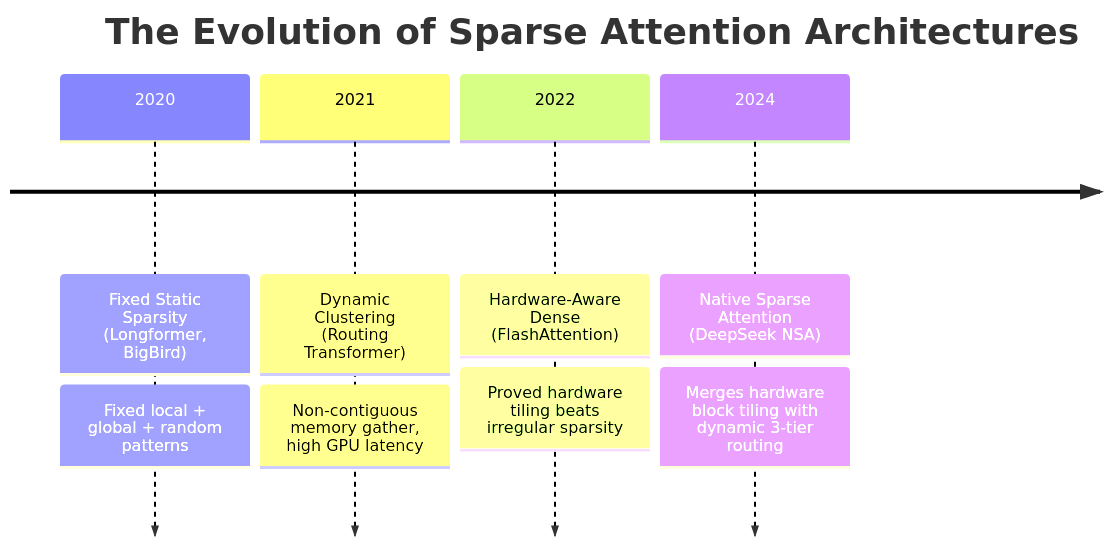
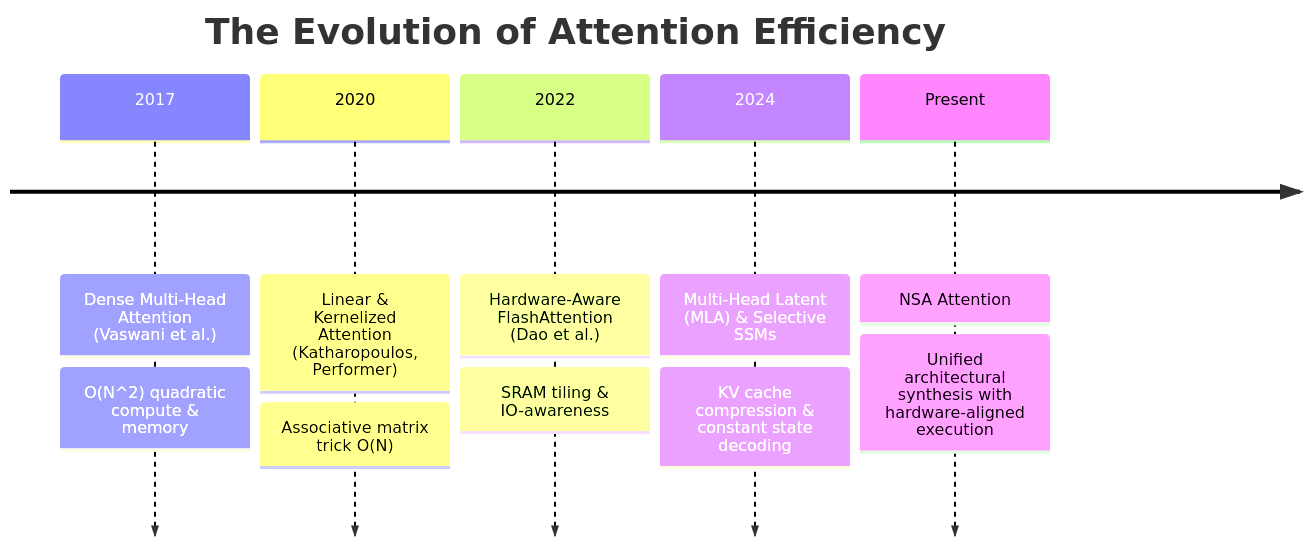
One commit to tahamajs/NeuralOps changed the first of 2 diagrams in Docs/content/attentions_blog/nsa_attention_blog.md. Above: the diagram before and after it, drawn with Mermaid. The commit also changed other lines of this file and 193 other files, not shown here.

````diff
--- a/Docs/content/attentions_blog/nsa_attention_blog.md
+++ b/Docs/content/attentions_blog/nsa_attention_blog.md
@@ -77,8 +58,9 @@
 ```mermaid
 timeline
-    title The Evolution of Sparse Attention Architectures
-    2020 : Fixed Static Sparsity (Longformer, BigBird) : Fixed local + global + random patterns
-    2021 : Dynamic Clustering (Routing Transformer) : Non-contiguous memory gather, high GPU latency
-    2022 : Hardware-Aware Dense (FlashAttention) : Proved hardware tiling beats irregular sparsity
-    2024 : Native Sparse Attention (DeepSeek NSA) : Merges hardware block tiling with dynamic 3-tier routing
+    title The Evolution of Attention Efficiency
+    2017 : Dense Multi-Head Attention (Vaswani et al.) : O(N^2) quadratic compute & memory
+    2020 : Linear & Kernelized Attention (Katharopoulos, Performer) : Associative matrix trick O(N)
+    2022 : Hardware-Aware FlashAttention (Dao et al.) : SRAM tiling & IO-awareness
+    2024 : Multi-Head Latent (MLA) & Selective SSMs : KV cache compression & constant state decoding
+    Present : NSA Attention : Unified architectural synthesis with hardware-aligned execution
 ```
````
